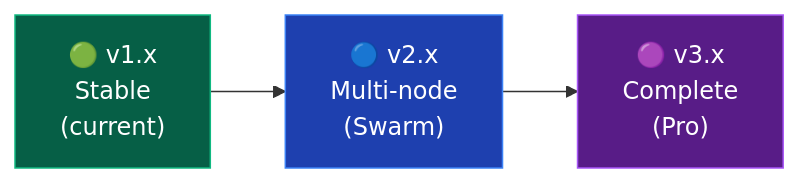
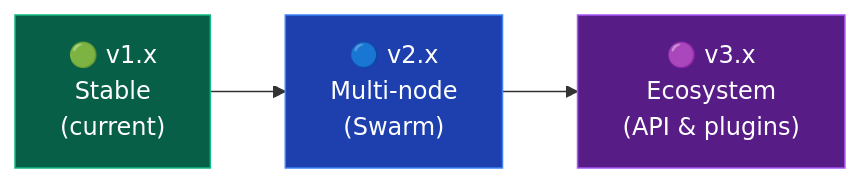
Before and after one commit to Ketbome/minepanel: the first of 3 diagrams in doc/roadmap.md, drawn with Mermaid. The commit also changed other lines of this file and 1 other file, not shown here.

Commit message:
docs: sync roadmap and features with real project state

````diff
--- a/doc/roadmap.md
+++ b/doc/roadmap.md
@@ -17,9 +17,9 @@
 ```mermaid
 flowchart LR
     A["🟢 v1.x<br/>Stable<br/>(current)"] --> B["🔵 v2.x<br/>Multi-node<br/>(Swarm)"]
-    B --> C["🟣 v3.x<br/>Complete<br/>(Pro)"]
+    B --> C["🟣 v3.x<br/>Ecosystem<br/>(API & plugins)"]
 
     style A fill:#065f46,stroke:#10b981,color:#fff
     style B fill:#1e40af,stroke:#3b82f6,color:#fff
     style C fill:#581c87,stroke:#a855f7,color:#fff
 ```
````
